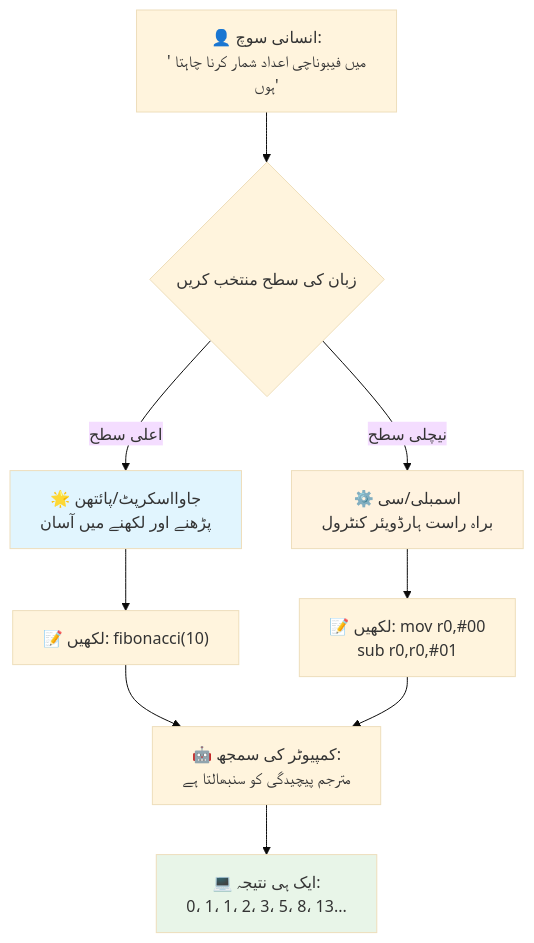
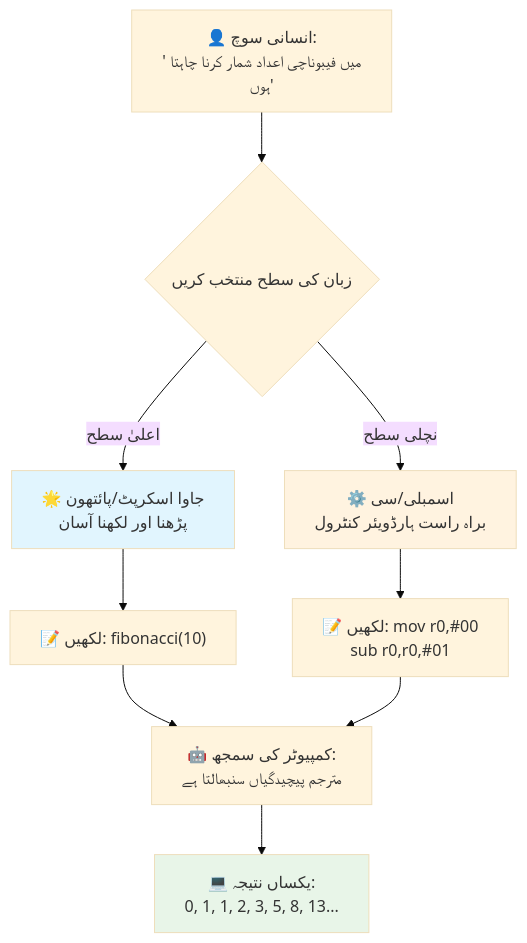
One commit to microsoft/Web-Dev-For-Beginners changed the third of 7 diagrams in translations/ur/1-getting-started-lessons/1-intro-to-programming-languages/README.md. Above: the diagram before and after it, drawn with Mermaid (base theme). The commit also changed other lines of this file and 8 other files, not shown here.

````diff
--- a/translations/ur/1-getting-started-lessons/1-intro-to-programming-languages/README.md
+++ b/translations/ur/1-getting-started-lessons/1-intro-to-programming-languages/README.md
@@ -147,19 +148,19 @@
 ```mermaid
 flowchart TB
     A["👤 انسانی سوچ:<br/>'میں فیبوناچی اعداد شمار کرنا چاہتا ہوں'"] --> B{زبان کی سطح منتخب کریں}
     
-    B -->|اعلی سطح| C["🌟 جاوااسکرپٹ/پائتھن<br/>پڑھنے اور لکھنے میں آسان"]
-    B -->|نیچلی سطح| D["⚙️ اسمبلی/سی<br/>براہ راست ہارڈویئر کنٹرول"]
+    B -->|اعلیٰ سطح| C["🌟 جاوا اسکرپٹ/پائتھون<br/>پڑھنا اور لکھنا آسان"]
+    B -->|نچلی سطح| D["⚙️ اسمبلی/سی<br/>براہ راست ہارڈویئر کنٹرول"]
     
     C --> E["📝 لکھیں: fibonacci(10)"]
     D --> F["📝 لکھیں: mov r0,#00<br/>sub r0,r0,#01"]
     
-    E --> G["🤖 کمپیوٹر کی سمجھ:<br/>مترجم پیچیدگی کو سنبھالتا ہے"]
+    E --> G["🤖 کمپیوٹر کی سمجھ:<br/>مترجم پیچیدگیاں سنبھالتا ہے"]
     F --> G
     
-    G --> H["💻 ایک ہی نتیجہ:<br/>0، 1، 1، 2، 3، 5، 8، 13..."]
+    G --> H["💻 یکساں نتیجہ:<br/>0, 1, 1, 2, 3, 5, 8, 13..."]
     
     style C fill:#e1f5fe
     style D fill:#fff3e0
     style H fill:#e8f5e8
 ```
````
